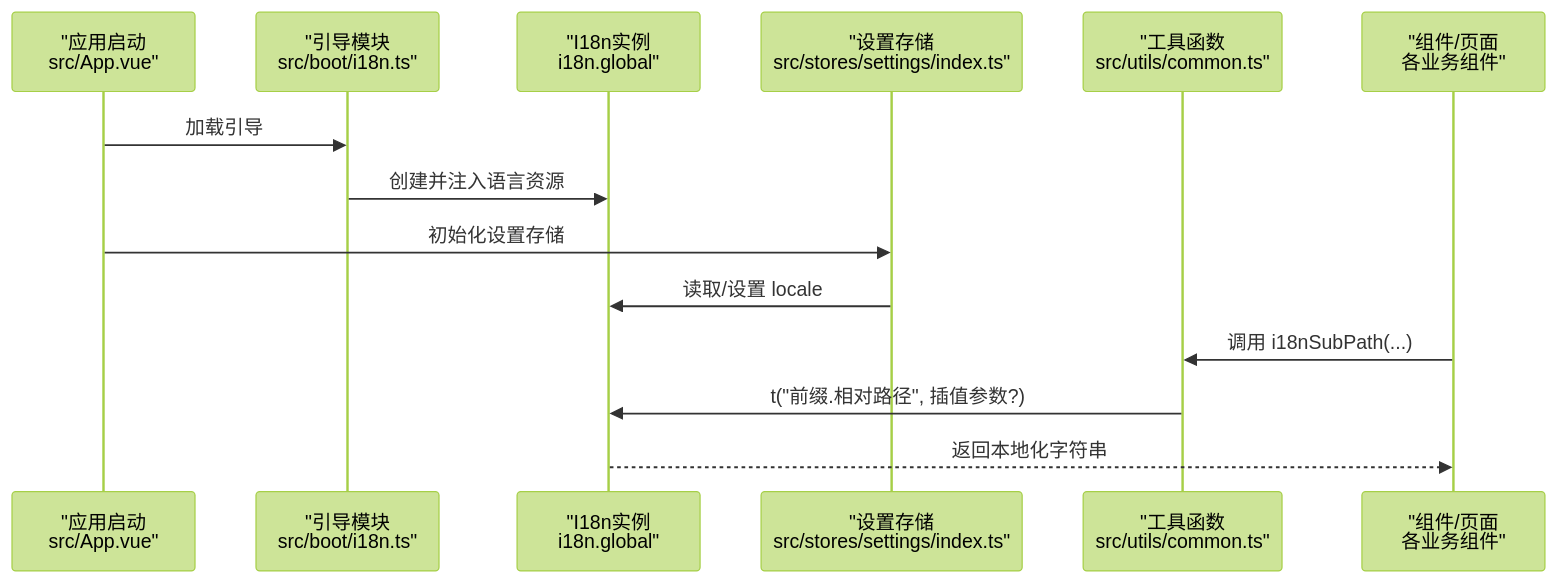
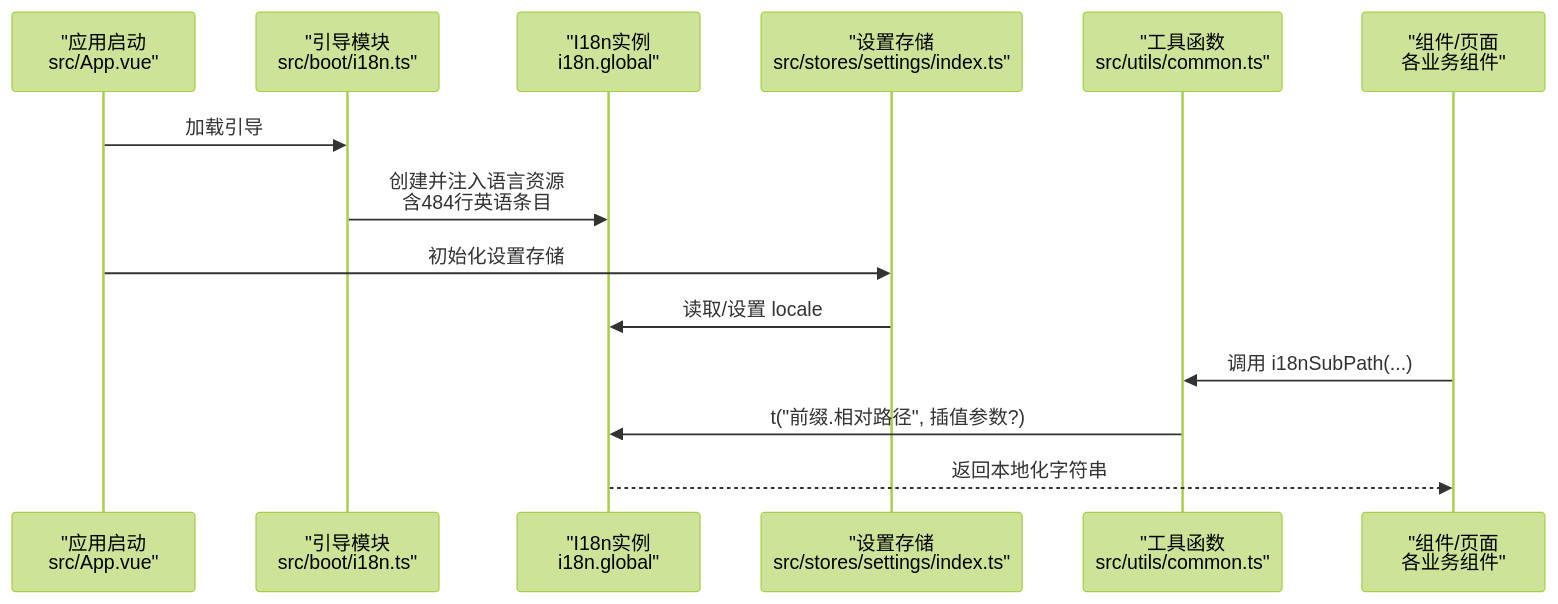
One commit to le-bot-team/le-bot-frontend changed the second of 6 diagrams in .qoder/repowiki/zh/content/国际化与本地化.md. Above: the diagram before and after it, drawn with Mermaid (forest theme). The commit also changed other lines of this file and 217 other files, not shown here.

````diff
--- a/.qoder/repowiki/zh/content/国际化与本地化.md
+++ b/.qoder/repowiki/zh/content/国际化与本地化.md
@@ -94,16 +114,16 @@
 ```mermaid
 sequenceDiagram
 participant App as "应用启动<br/>src/App.vue"
 participant Boot as "引导模块<br/>src/boot/i18n.ts"
 participant I18n as "I18n实例<br/>i18n.global"
 participant Store as "设置存储<br/>src/stores/settings/index.ts"
 participant Utils as "工具函数<br/>src/utils/common.ts"
 participant Comp as "组件/页面<br/>各业务组件"
 App->>Boot : 加载引导
-Boot->>I18n : 创建并注入语言资源
+Boot->>I18n : 创建并注入语言资源<br/>含484行英语条目
 App->>Store : 初始化设置存储
 Store->>I18n : 读取/设置 locale
 Comp->>Utils : 调用 i18nSubPath(...)
 Utils->>I18n : t("前缀.相对路径", 插值参数?)
 I18n-->>Comp : 返回本地化字符串
 ```
````
